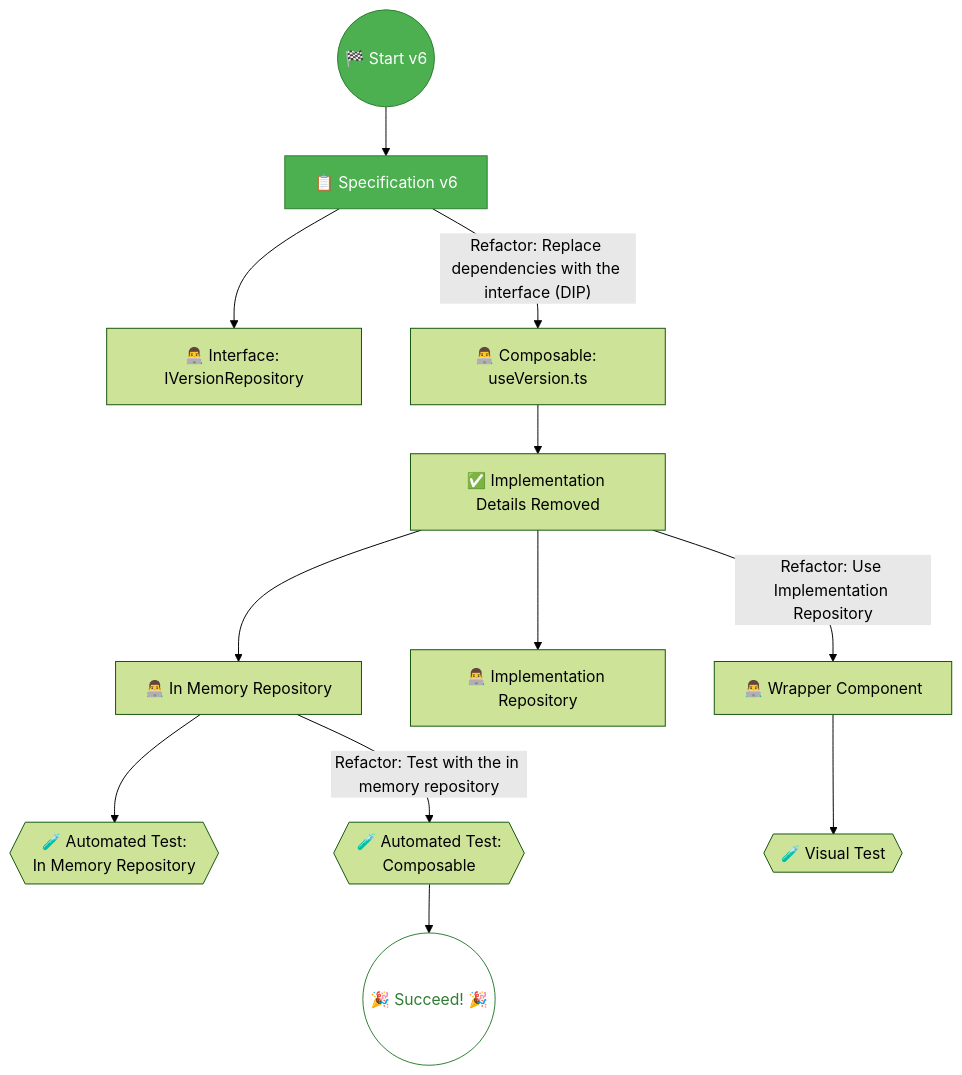
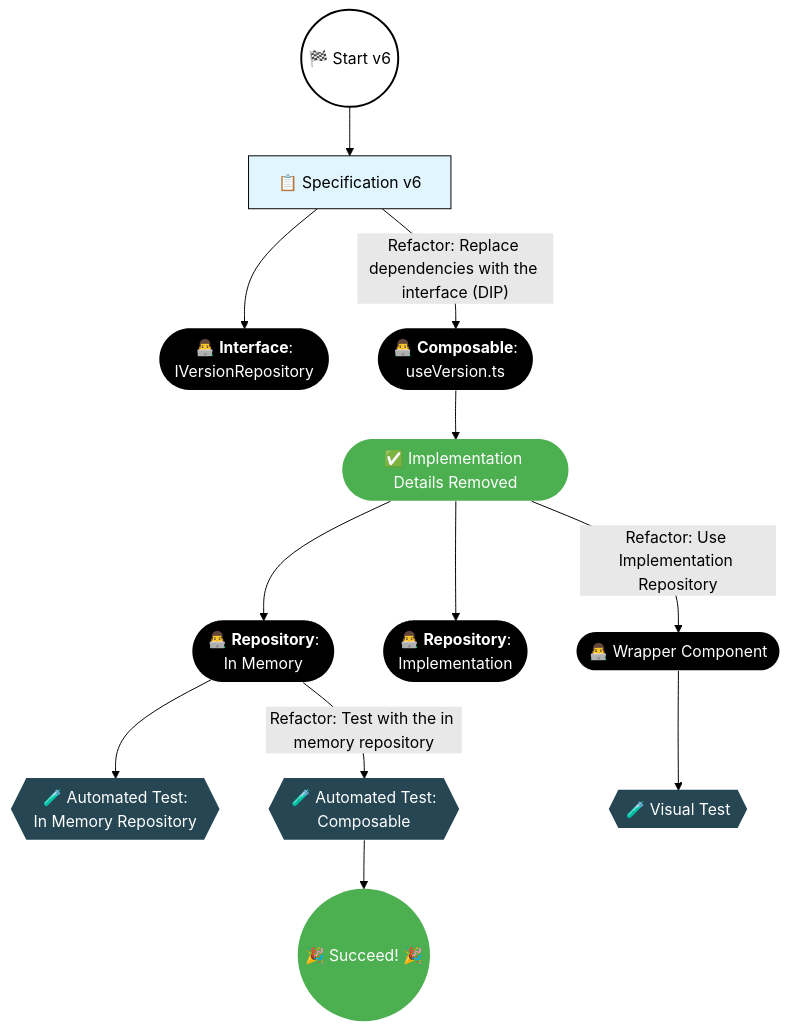
One commit to jeromeabel/nuxt-clean-architecture changed the diagram in docs/Testing a Simple Nuxt Feature - 9 -  Move dependencies to a repository (in memory)(v6).md. Above: the diagram before and after it, drawn with Mermaid (forest theme). The commit also changed 6 other files, not shown here.

Commit message:
docs(version): up graphs colors and shapes

````diff
--- a/docs/Testing a Simple Nuxt Feature - 9 -  Move dependencies to a repository (in memory)(v6).md
+++ b/docs/Testing a Simple Nuxt Feature - 9 -  Move dependencies to a repository (in memory)(v6).md
@@ -308,36 +308,42 @@
 ```mermaid
 graph TB
 
-    %% Start
-    A((🏁 Start v6)):::start
+  %% Start
+  A((🏁 Start v6)):::start
 
-    %% Specification v6 Checklist
-    B[📋 Specification v6]:::start
+  %% Specification v6 Checklist
+  B[📋 Specification v6]:::checklist
 
-    %% Development Process
-    C["👨‍💻 Interface: IVersionRepository"]
-    D["👨‍💻 Composable: useVersion.ts"]
-    E["✅ Implementation Details Removed"]
-    F["👨‍💻 In Memory Repository"]
-    F1["👨‍💻 Implementation Repository"]
-    F2["👨‍💻 Wrapper Component"]
+  %% Development Process
+  C(["👨‍💻 <b>Interface</b>:<br>IVersionRepository"]):::impl
+  D(["👨‍💻 <b>Composable</b>:<br> useVersion.ts"]):::impl
+  E(["✅ Implementation Details Removed"]):::success
+  F(["👨‍💻 <b>Repository</b>:<br>In Memory"]):::impl
+  F1(["👨‍💻 <b>Repository</b>:<br>Implementation"]):::impl
+  F2(["👨‍💻 Wrapper Component"]):::impl
 
-    %% Test
-    G{{"🧪 Automated Test: <br>In Memory Repository"}}
-    H{{"🧪 Automated Test: <br>Composable"}}
-    I{{"🧪 Visual Test"}}
+  %% Test
+  G{{"🧪 Automated Test: <br>In Memory Repository"}}:::test
+  H{{"🧪 Automated Test: <br>Composable"}}:::test
+  I{{"🧪 Visual Test"}}:::test
 
-    J(("🎉 Succeed! 🎉")):::succeed
+  J(("🎉 Succeed! 🎉")):::success
 
-    %% Connections
-    A --> B --> C
-    B --> |"Refactor: Replace dependencies with the interface (DIP)"| D
-    D --> E --> F --> G
-    E --> F1
-    E --> |Refactor: Use Implementation Repository | F2 --> I
-    F --> |Refactor: Test with the in memory repository| H --> J
+  %% Connections
+  A --> B --> C
+  B --> |"Refactor: Replace dependencies with the interface (DIP)"| D
+  D --> E --> F --> G
+  E --> F1
+  E --> |Refactor: Use Implementation Repository | F2 --> I
+  F --> |Refactor: Test with the in memory repository| H --> J
 
-    %% Define Styles
-    classDef start fill:#4CAF50,stroke:#2E7D32,color:#FFFFFF;
-    classDef succeed fill:#FFFFFF,stroke:#2E7D32,color:#2E7D32
+  %% Define Styles
+  classDef start fill:#fff,color:#000,stroke:#000,stroke-width:2;
+  classDef impl fill:#000,color:#fff,stroke:#fff,stroke-width:0;
+  classDef issue fill:#f48c06,color:#000,stroke:#333,stroke-width:0;
+  classDef decision fill:#FEE420,color:#000,stroke:#4F4400,stroke-width:0;
+  classDef test fill:#264653,color:#fff,stroke:#060600,stroke-width:0;
+  classDef exit fill:#ff0044,color:#fff,stroke-width:0;
+  classDef checklist fill:#E1F5FE,stroke:#000000,color:#000000;
+  classDef success fill:#4CAF50,color:#fff,stroke:#fff,stroke-width:0;
 ```
````
